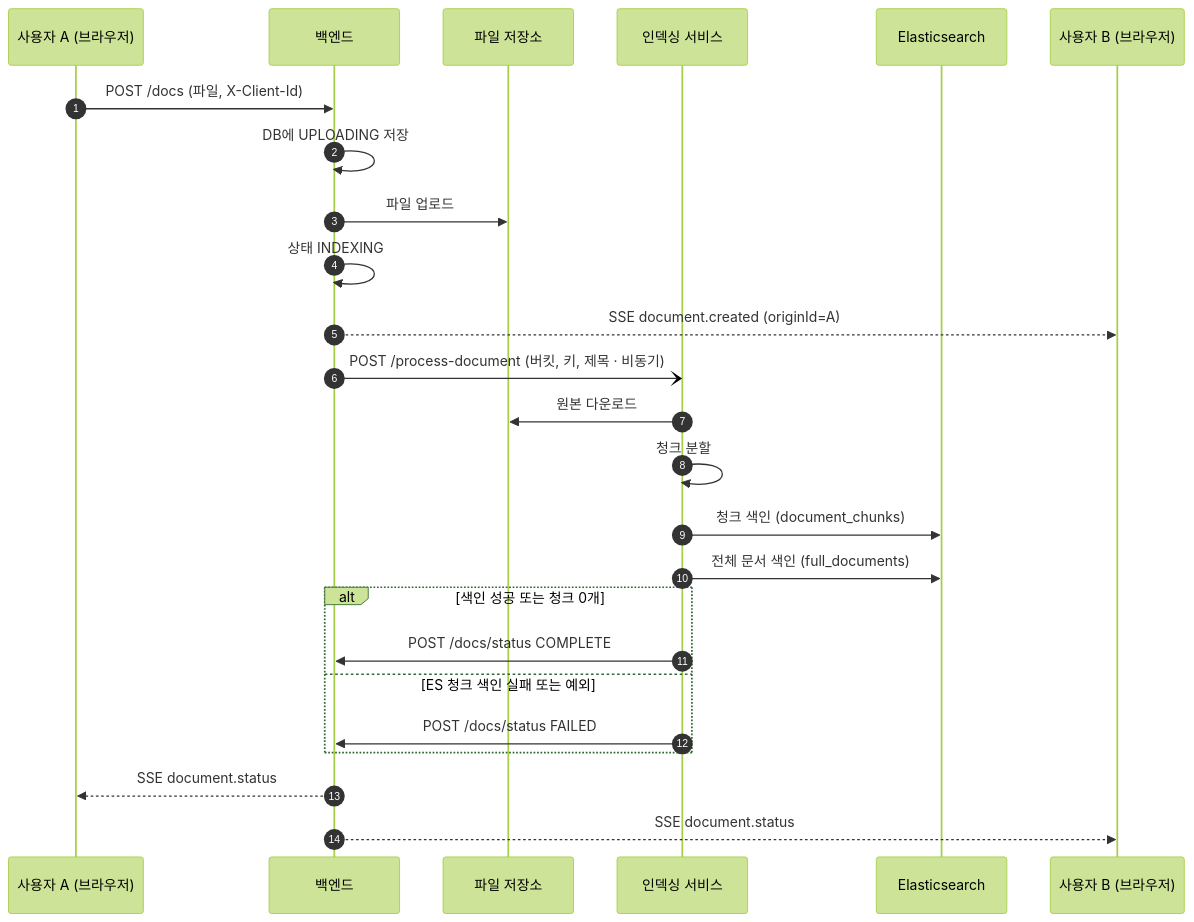
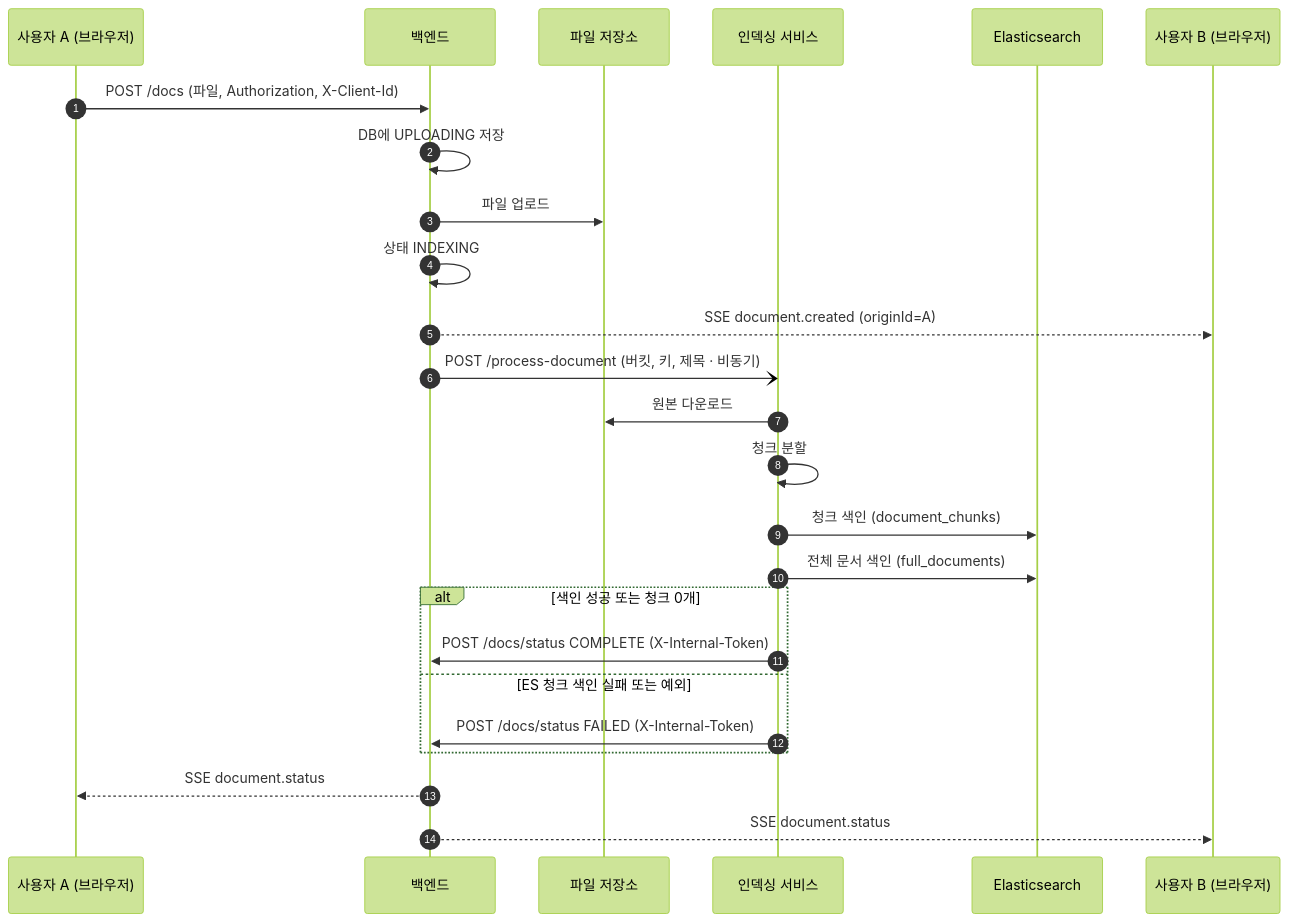
Before and after one commit to as950118/satc-docs-portal: the second of 8 diagrams in docs/architecture.md, drawn with Mermaid (forest theme). The commit also changed other lines of this file and 4 other files, not shown here.

First line of the commit message:
docs: 문서 API 권한과 DOCS_API_AUTH_REQUIRED, DOCS_INTERNAL_TOKEN 을 기록한다

````diff
--- a/docs/architecture.md
+++ b/docs/architecture.md
@@ -54,28 +54,28 @@
 ```mermaid
 sequenceDiagram
   autonumber
   participant U as 사용자 A (브라우저)
   participant BE as 백엔드
   participant M as 파일 저장소
   participant I as 인덱싱 서비스
   participant ES as Elasticsearch
   participant B as 사용자 B (브라우저)
 
-  U->>BE: POST /docs (파일, X-Client-Id)
+  U->>BE: POST /docs (파일, Authorization, X-Client-Id)
   BE->>BE: DB에 UPLOADING 저장
   BE->>M: 파일 업로드
   BE->>BE: 상태 INDEXING
   BE-->>B: SSE document.created (originId=A)
   BE-)I: POST /process-document (버킷, 키, 제목 · 비동기)
   I->>M: 원본 다운로드
   I->>I: 청크 분할
   I->>ES: 청크 색인 (document_chunks)
   I->>ES: 전체 문서 색인 (full_documents)
   alt 색인 성공 또는 청크 0개
-    I->>BE: POST /docs/status COMPLETE
+    I->>BE: POST /docs/status COMPLETE (X-Internal-Token)
   else ES 청크 색인 실패 또는 예외
-    I->>BE: POST /docs/status FAILED
+    I->>BE: POST /docs/status FAILED (X-Internal-Token)
   end
   BE-->>U: SSE document.status
   BE-->>B: SSE document.status
 ```
````
